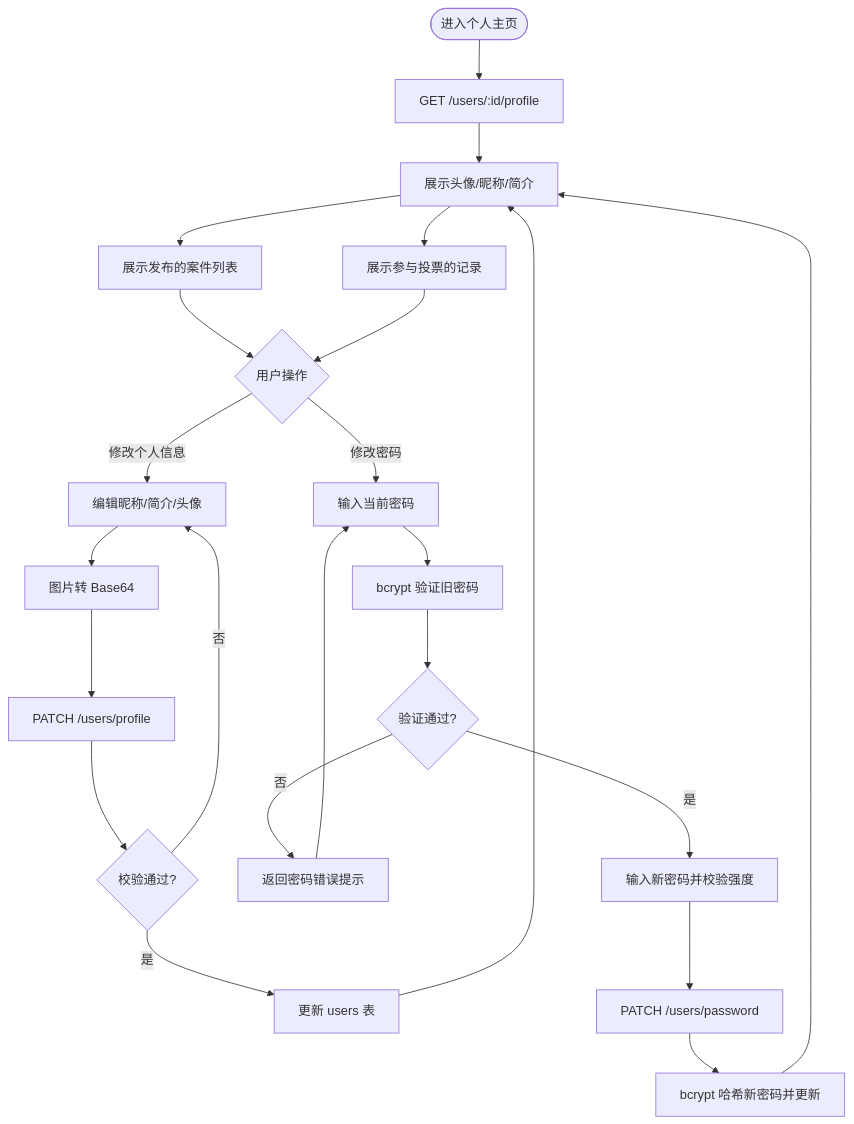
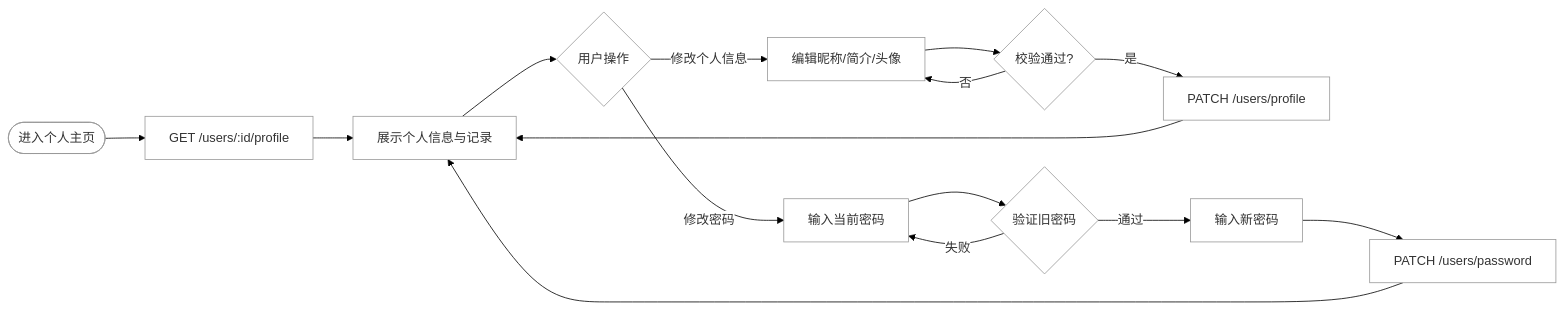
One commit to huangkaihao666/graduate-design changed diagram 11 of 19 in docs/毕设图表.md. Above: the diagram before and after it, drawn with Mermaid. The commit also changed other lines of this file, not shown here.

Commit message:
docs: 添加毕设图表40%

````diff
--- a/docs/毕设图表.md
+++ b/docs/毕设图表.md
@@ -447,21 +419,18 @@
 ```mermaid
-flowchart TD
+%%{init:{'theme':'base','themeVariables':{'background':'#ffffff','mainBkg':'#ffffff','clusterBkg':'#ffffff','nodeBorder':'#999999','edgeLabelBackground':'#ffffff'}}}%%
+flowchart LR
     A([进入个人主页]) --> B[GET /users/:id/profile]
-    B --> C[展示头像/昵称/简介]
-    C --> D[展示发布的案件列表]
-    C --> E[展示参与投票的记录]
-    D & E --> F{用户操作}
-    F -- 修改个人信息 --> G[编辑昵称/简介/头像]
-    G --> H[图片转 Base64]
-    H --> I[PATCH /users/profile]
-    I --> J{校验通过?}
-    J -- 否 --> G
-    J -- 是 --> K[更新 users 表] --> C
-    F -- 修改密码 --> L[输入当前密码]
-    L --> M[bcrypt 验证旧密码]
-    M --> N{验证通过?}
-    N -- 否 --> O[返回密码错误提示] --> L
-    N -- 是 --> P[输入新密码并校验强度]
-    P --> Q[PATCH /users/password]
-    Q --> R[bcrypt 哈希新密码并更新] --> C
+    B --> C[展示个人信息与记录]
+    C --> D{用户操作}
+    D -- 修改个人信息 --> E[编辑昵称/简介/头像]
+    E --> F{校验通过?}
+    F -- 否 --> E
+    F -- 是 --> G[PATCH /users/profile]
+    G --> C
+    D -- 修改密码 --> H[输入当前密码]
+    H --> I{验证旧密码}
+    I -- 失败 --> H
+    I -- 通过 --> J[输入新密码]
+    J --> K[PATCH /users/password]
+    K --> C
 ```
````
